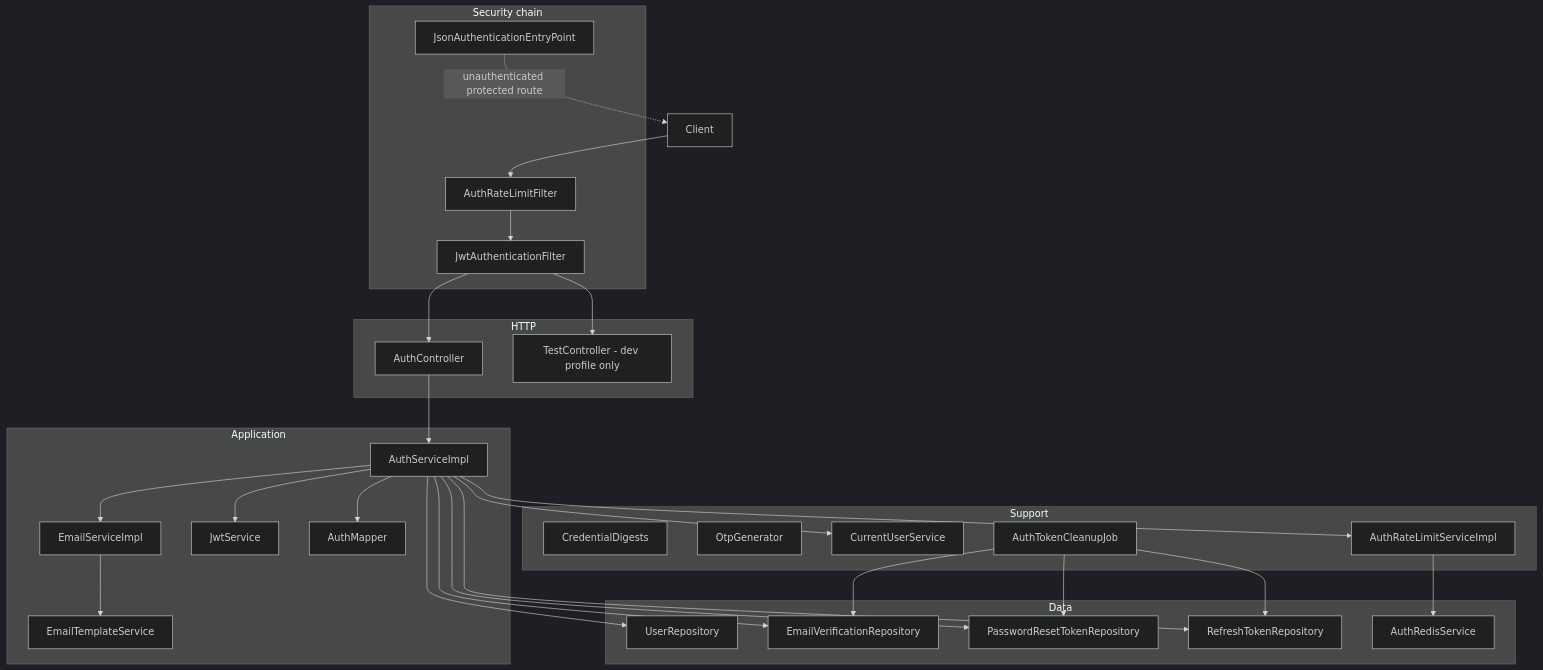
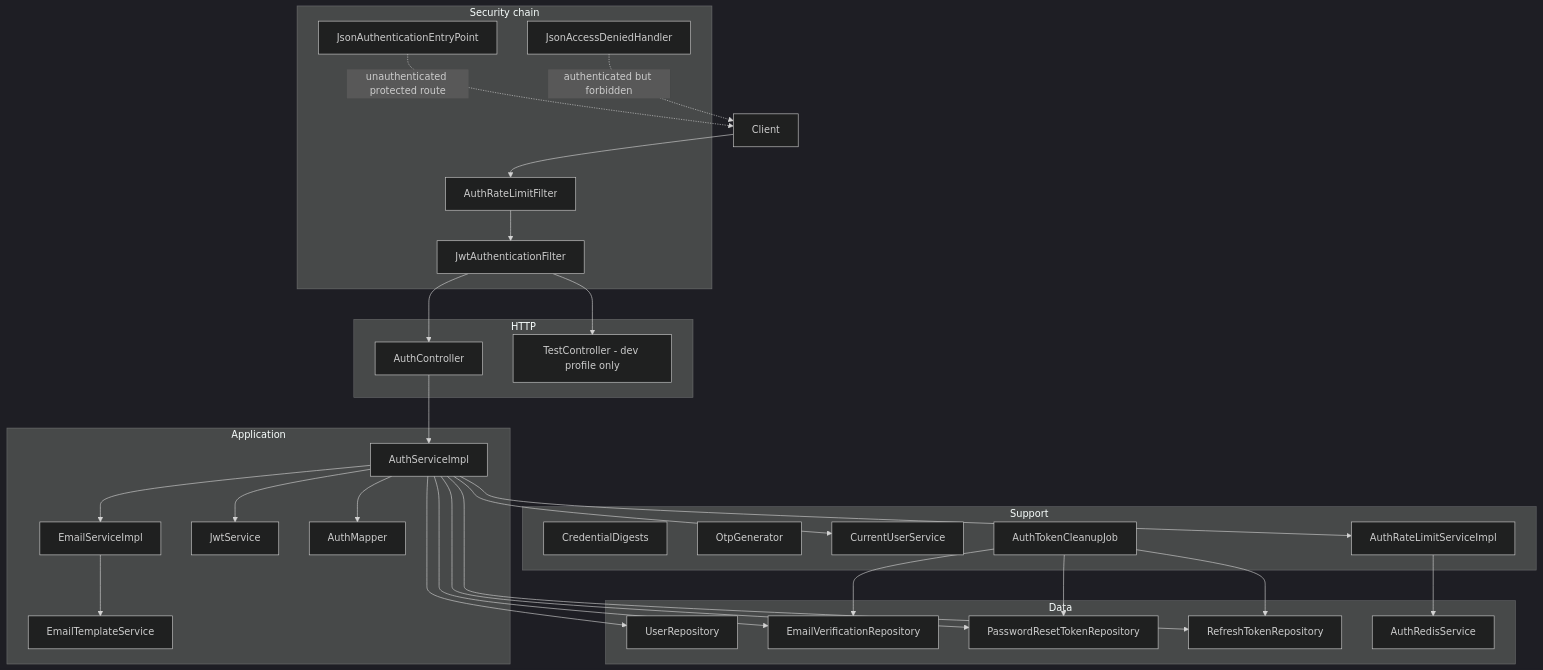
The first of 2 diagrams in src/main/java/com/developer/copilot/auth/docs/ARCHITECTURE.md (Venkata-Nageswara-Bhadri78/CodePilot), drawn with Mermaid (dark theme) before and after one commit. The commit also changed other lines of this file and 14 other files, not shown here.

````diff
--- a/src/main/java/com/developer/copilot/auth/docs/ARCHITECTURE.md
+++ b/src/main/java/com/developer/copilot/auth/docs/ARCHITECTURE.md
@@ -7,53 +7,55 @@
 ```mermaid
 flowchart TB
     subgraph http [HTTP]
         AC[AuthController]
         TC["TestController - dev profile only"]
     end
     subgraph security [Security chain]
         RL[AuthRateLimitFilter]
         JWT[JwtAuthenticationFilter]
         EP[JsonAuthenticationEntryPoint]
+        AD[JsonAccessDeniedHandler]
     end
     subgraph app [Application]
         AS[AuthServiceImpl]
         ES[EmailServiceImpl]
         JS[JwtService]
         AM[AuthMapper]
         ETS[EmailTemplateService]
     end
     subgraph support [Support]
         CD[CredentialDigests]
         OG[OtpGenerator]
         CUS[CurrentUserService]
         RLS[AuthRateLimitServiceImpl]
         JOB[AuthTokenCleanupJob]
     end
     subgraph data [Data]
         UR[UserRepository]
         ER[EmailVerificationRepository]
         PR[PasswordResetTokenRepository]
         RR[RefreshTokenRepository]
         Redis[AuthRedisService]
     end
     Client --> RL
     RL --> JWT
     JWT --> AC
     JWT --> TC
     AC --> AS
     AS --> JS
     AS --> ES
     AS --> AM
     AS --> CUS
     AS --> RLS
     AS --> UR
     AS --> ER
     AS --> PR
     AS --> RR
     ES --> ETS
     RLS --> Redis
     JOB --> ER
     JOB --> PR
     JOB --> RR
     EP -.->|unauthenticated protected route| Client
+    AD -.->|authenticated but forbidden| Client
 ```
````
